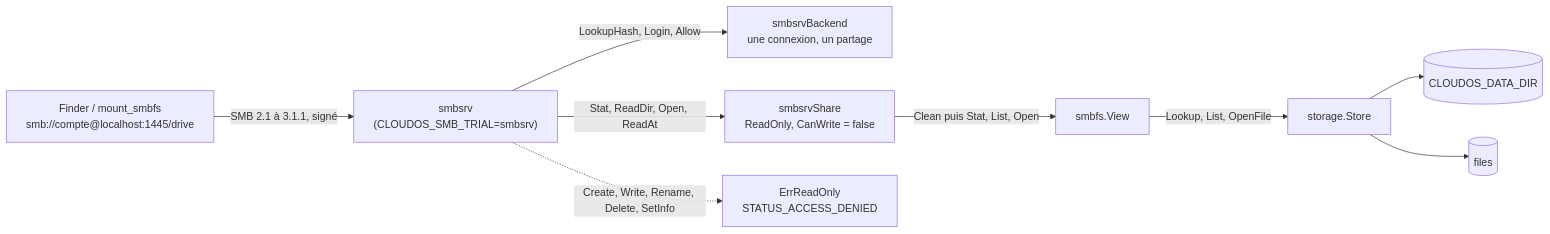
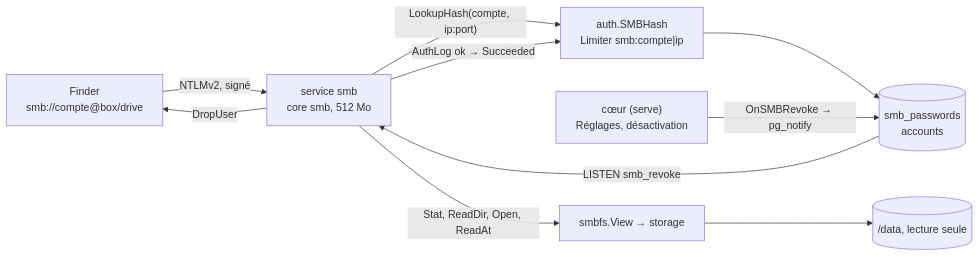
The first of 2 diagrams in docs/architecture/smb.md (C2-POLY/cloud-os), drawn with Mermaid before and after one commit. The commit also changed other lines of this file and 98 other files, not shown here.

````diff
--- a/docs/architecture/smb.md
+++ b/docs/architecture/smb.md
@@ -22,11 +29,12 @@
 ```mermaid
 flowchart LR
-  Finder["Finder / mount_smbfs<br>smb://compte@localhost:1445/drive"] -->|SMB 2.1 à 3.1.1, signé| Lib["smbsrv<br>(CLOUDOS_SMB_TRIAL=smbsrv)"]
-  Lib -->|LookupHash, Login, Allow| Back["smbsrvBackend<br>une connexion, un partage"]
-  Lib -->|Stat, ReadDir, Open, ReadAt| Share["smbsrvShare<br>ReadOnly, CanWrite = false"]
-  Share -->|Clean puis Stat, List, Open| View["smbfs.View"]
-  View -->|Lookup, List, OpenFile| Store["storage.Store"]
-  Store --> Disk[("CLOUDOS_DATA_DIR")]
-  Store --> Index[("files")]
-  Lib -.->|Create, Write, Rename, Delete, SetInfo| Deny["ErrReadOnly<br>STATUS_ACCESS_DENIED"]
+  F["Finder<br>smb://compte@box/drive"] -->|NTLMv2, signé| S["service smb<br>core smb, 512 Mo"]
+  S -->|"LookupHash(compte, ip:port)"| A["auth.SMBHash<br>Limiter smb:compte|ip"]
+  A --> DB[("smb_passwords<br>accounts")]
+  S -->|"AuthLog ok → Succeeded"| A
+  S -->|Stat, ReadDir, Open, ReadAt| V["smbfs.View → storage"]
+  V --> D[("/data, lecture seule")]
+  C["cœur (serve)<br>Réglages, désactivation"] -->|"OnSMBRevoke → pg_notify"| DB
+  DB -->|"LISTEN smb_revoke"| S
+  S -->|DropUser| F
 ```
````
